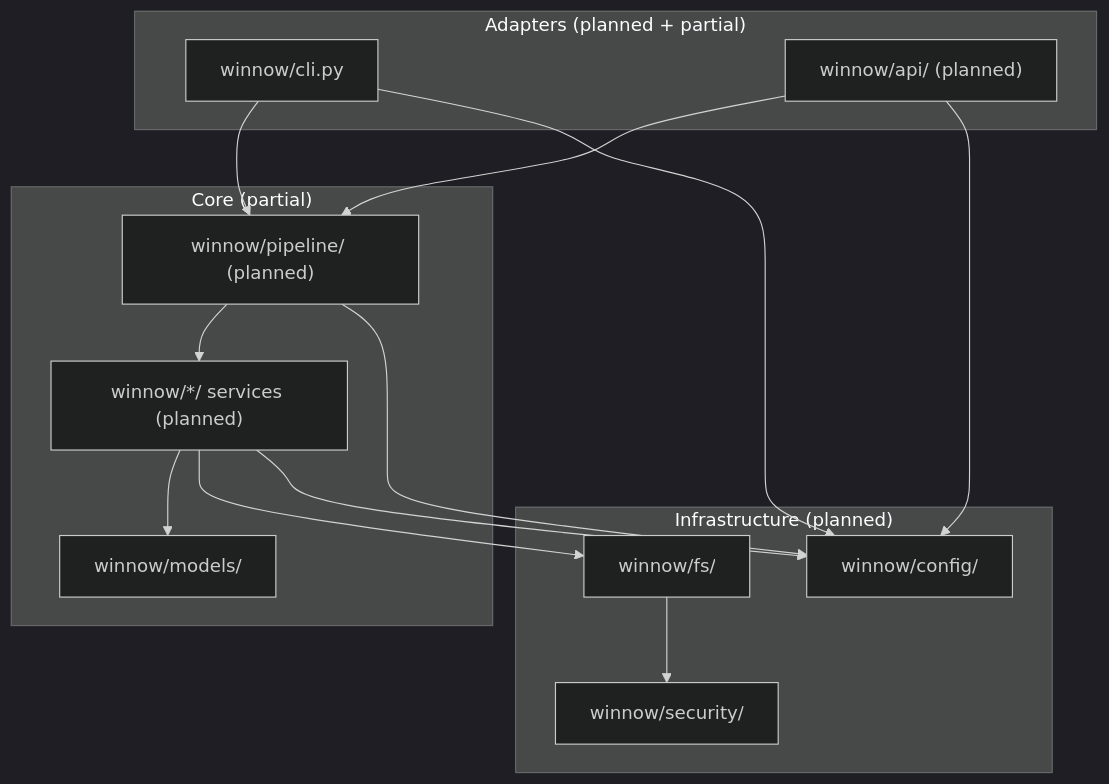
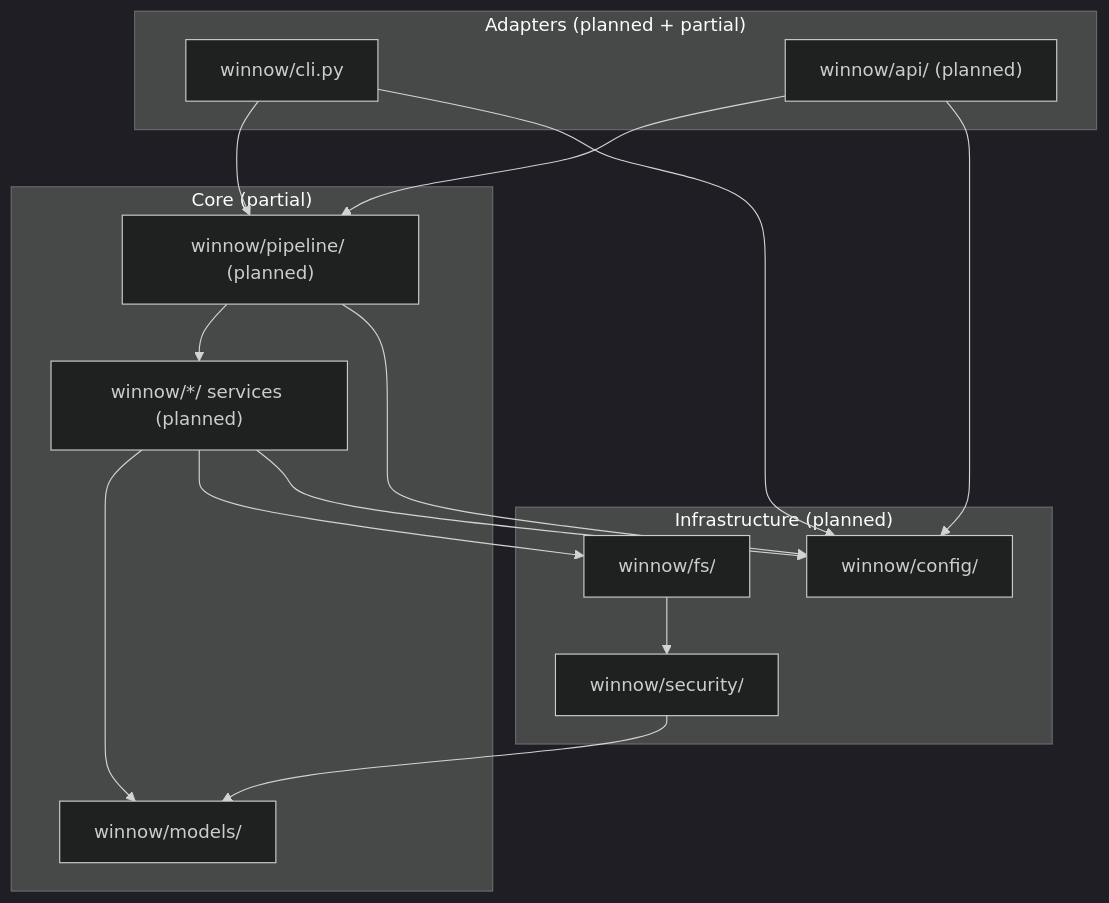
The first of 2 diagrams in docs/ARCHITECTURE.md (lgtm-hq/winnow), drawn with Mermaid (dark theme) before and after one commit. The commit also changed other lines of this file and 6 other files, not shown here.

````diff
--- a/docs/ARCHITECTURE.md
+++ b/docs/ARCHITECTURE.md
@@ -49,30 +49,31 @@
 ```mermaid
 flowchart TB
   subgraph adapters["Adapters (planned + partial)"]
     CLI["winnow/cli.py"]
     API["winnow/api/ (planned)"]
   end
 
   subgraph core["Core (partial)"]
     Models["winnow/models/"]
     Services["winnow/*/ services (planned)"]
     Pipeline["winnow/pipeline/ (planned)"]
   end
 
   subgraph infra["Infrastructure (planned)"]
     FS["winnow/fs/"]
     Config["winnow/config/"]
     Security["winnow/security/"]
   end
 
   CLI --> Pipeline
   API --> Pipeline
   CLI --> Config
   API --> Config
   Pipeline --> Services
   Pipeline --> Config
   Services --> Models
   Services --> FS
   Services --> Config
   FS --> Security
+  Security --> Models
 ```
````
